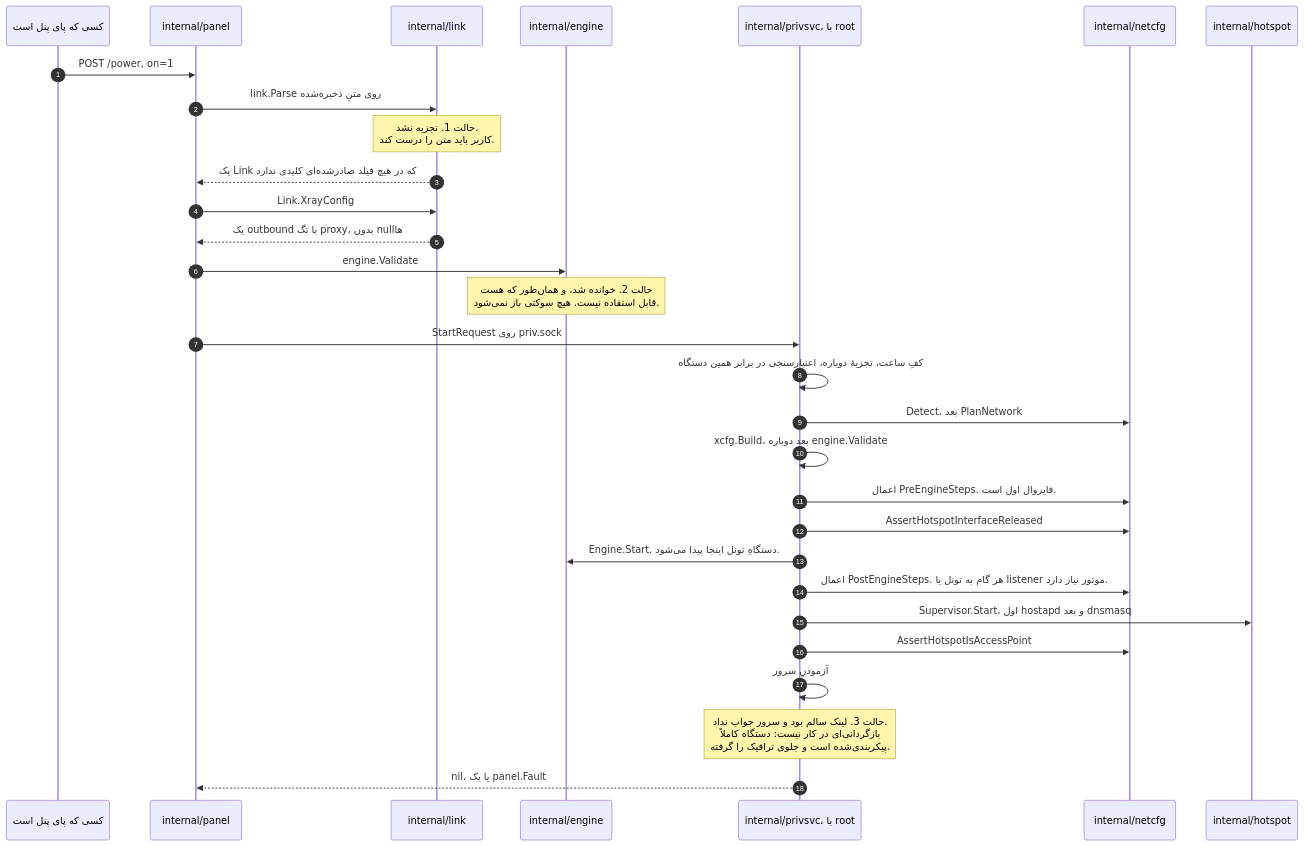
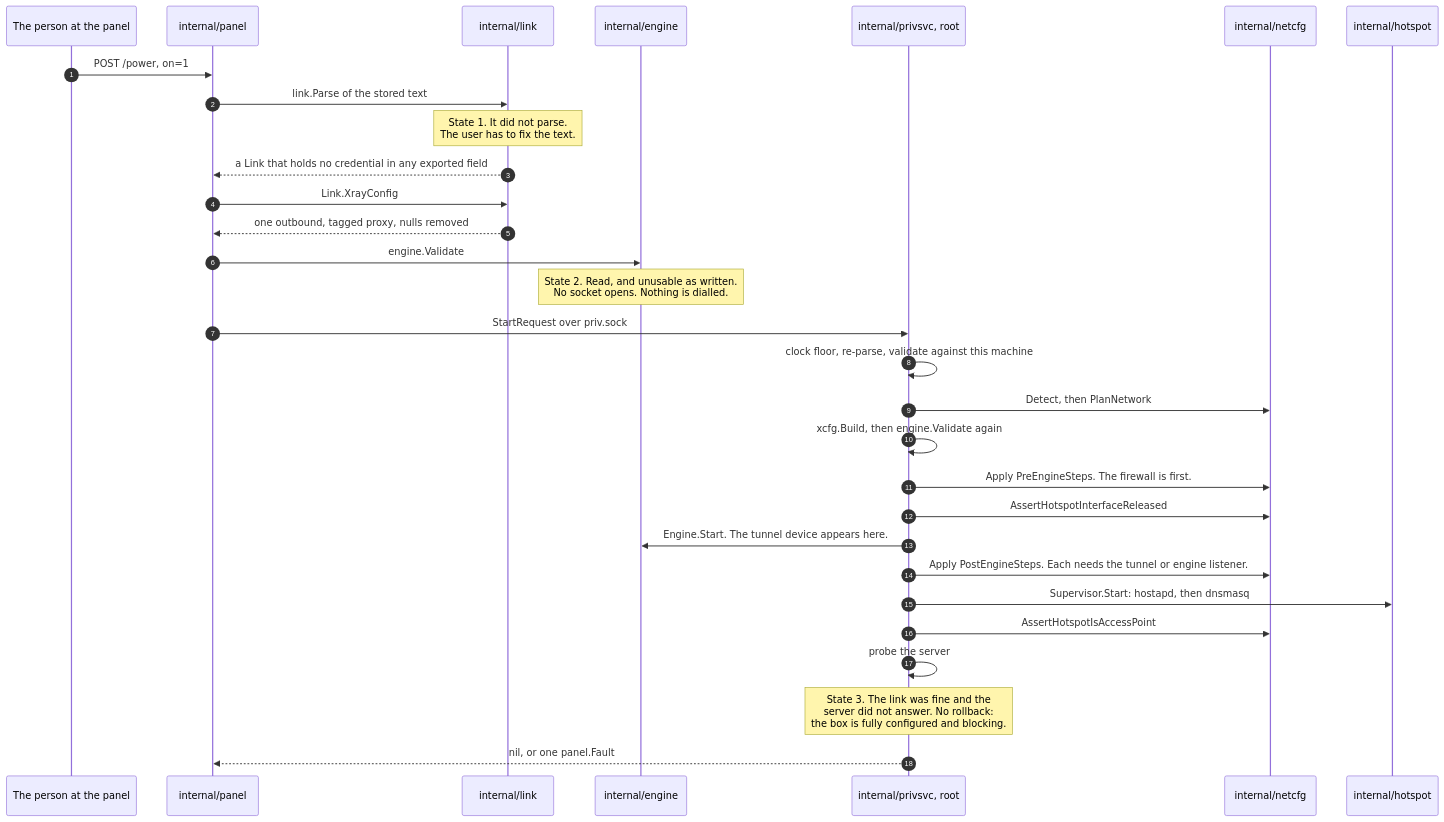
Before and after one commit to Iman/caspian: the fourth of 8 diagrams in docs/wiki/Architecture.fa.md, drawn with Mermaid. The commit also changed other lines of this file and 149 other files, not shown here.

````diff
--- a/docs/wiki/Architecture.fa.md
+++ b/docs/wiki/Architecture.fa.md
@@ -193,33 +180,33 @@
 ```mermaid
 sequenceDiagram
     autonumber
-    participant U as کسی که پای پنل است
+    participant U as The person at the panel
     participant PA as internal/panel
     participant LK as internal/link
     participant EN as internal/engine
-    participant PS as internal/privsvc، با root
+    participant PS as internal/privsvc, root
     participant NC as internal/netcfg
     participant HS as internal/hotspot
 
     U->>PA: POST /power, on=1
-    PA->>LK: link.Parse روی متنِ ذخیره‌شده
-    Note over LK: حالت 1. تجزیه نشد.<br/>کاربر باید متن را درست کند.
-    LK-->>PA: یک Link که در هیچ فیلد صادرشده‌ای کلیدی ندارد
+    PA->>LK: link.Parse of the stored text
+    Note over LK: State 1. It did not parse.<br/>The user has to fix the text.
+    LK-->>PA: a Link that holds no credential in any exported field
     PA->>LK: Link.XrayConfig
-    LK-->>PA: یک outbound با تگ proxy، بدون nullها
+    LK-->>PA: one outbound, tagged proxy, nulls removed
     PA->>EN: engine.Validate
-    Note over EN: حالت 2. خوانده شد، و همان‌طور که هست<br/>قابل استفاده نیست. هیچ سوکتی باز نمی‌شود.
-    PA->>PS: StartRequest روی priv.sock
-    PS->>PS: کفِ ساعت، تجزیهٔ دوباره، اعتبارسنجی در برابر همین دستگاه
-    PS->>NC: Detect، بعد PlanNetwork
-    PS->>PS: xcfg.Build، بعد دوباره engine.Validate
-    PS->>NC: اعمال PreEngineSteps. فایروال اول است.
+    Note over EN: State 2. Read, and unusable as written.<br/>No socket opens. Nothing is dialled.
+    PA->>PS: StartRequest over priv.sock
+    PS->>PS: clock floor, re-parse, validate against this machine
+    PS->>NC: Detect, then PlanNetwork
+    PS->>PS: xcfg.Build, then engine.Validate again
+    PS->>NC: Apply PreEngineSteps. The firewall is first.
     PS->>NC: AssertHotspotInterfaceReleased
-    PS->>EN: Engine.Start. دستگاهِ تونل اینجا پیدا می‌شود.
-    PS->>NC: اعمال PostEngineSteps. هر گام به تونل یا listener موتور نیاز دارد.
-    PS->>HS: Supervisor.Start، اول hostapd و بعد dnsmasq
+    PS->>EN: Engine.Start. The tunnel device appears here.
+    PS->>NC: Apply PostEngineSteps. Each needs the tunnel or engine listener.
+    PS->>HS: Supervisor.Start: hostapd, then dnsmasq
     PS->>NC: AssertHotspotIsAccessPoint
-    PS->>PS: آزمودنِ سرور
-    Note over PS: حالت 3. لینک سالم بود و سرور جواب نداد.<br/>بازگردانی‌ای در کار نیست: دستگاه کاملاً<br/>پیکربندی‌شده است و جلوی ترافیک را گرفته.
-    PS-->>PA: nil، یا یک panel.Fault
+    PS->>PS: probe the server
+    Note over PS: State 3. The link was fine and the<br/>server did not answer. No rollback:<br/>the box is fully configured and blocking.
+    PS-->>PA: nil, or one panel.Fault
 ```
````
